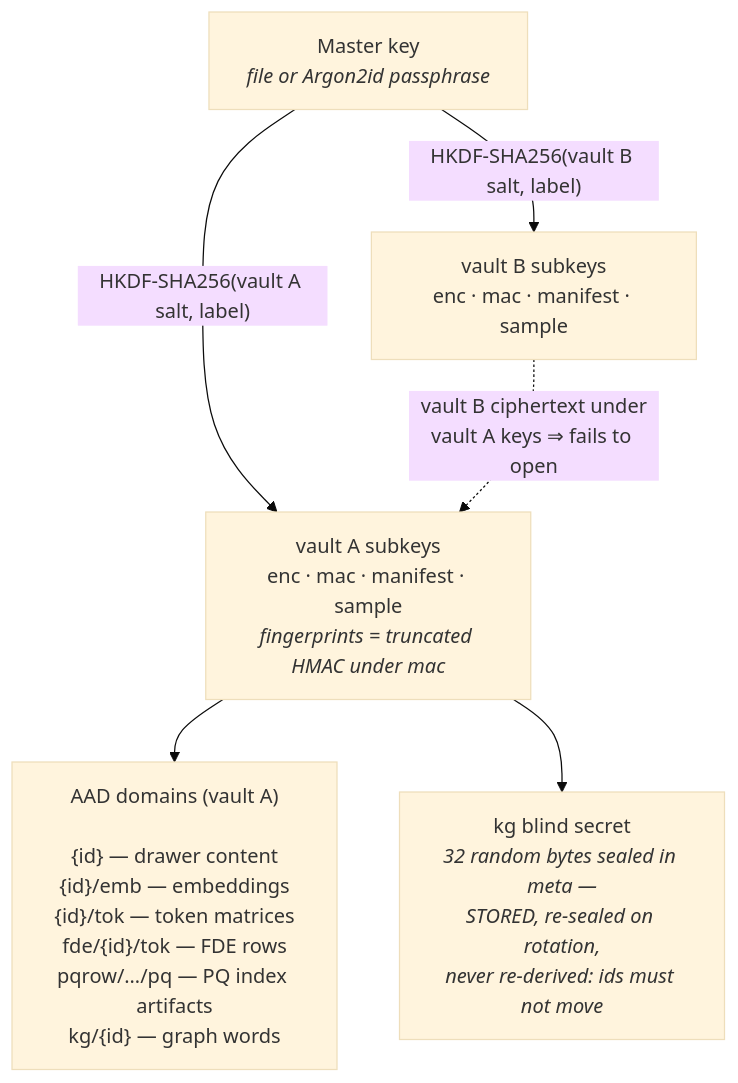
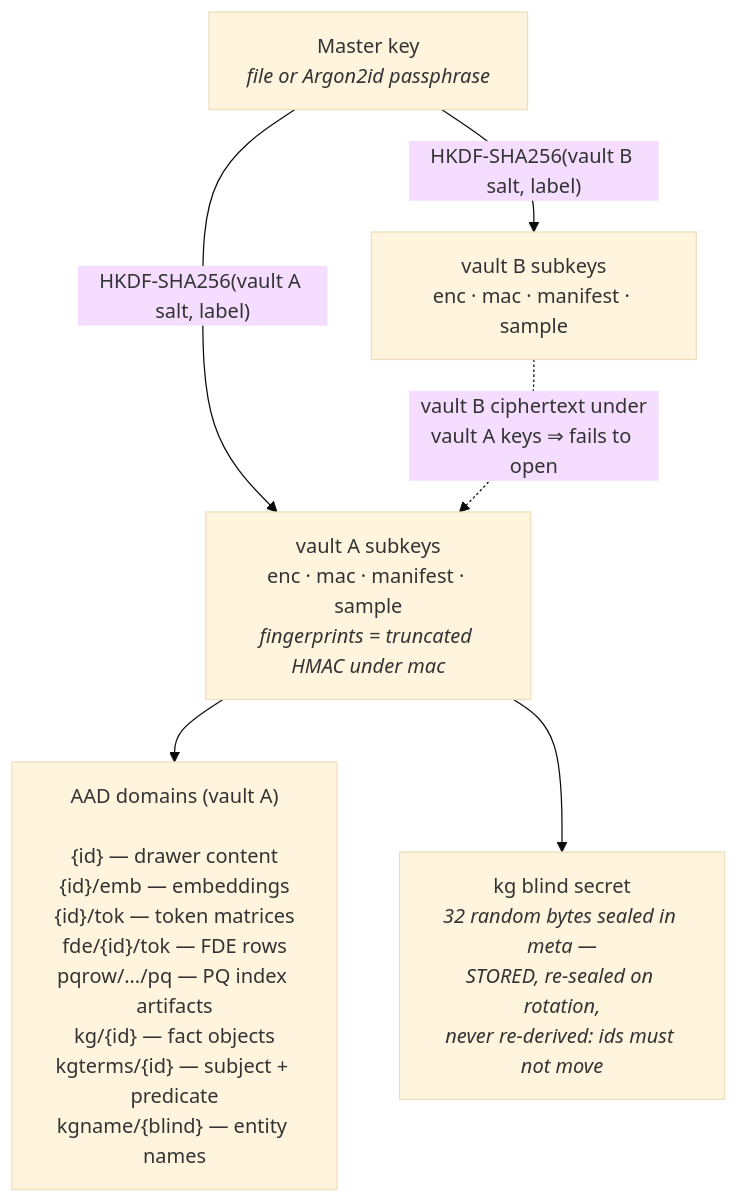
The second of 4 diagrams in docs/architecture.md (sealcroft/undercroft), drawn with Mermaid (base theme) before and after one commit. The commit also changed other lines of this file and 93 other files, not shown here.

````diff
--- a/docs/architecture.md
+++ b/docs/architecture.md
@@ -104,9 +106,9 @@
 ```mermaid
 flowchart TB
     master["Master key<br/><i>file or Argon2id passphrase</i>"]
     master -- "HKDF-SHA256(vault A salt, label)" --> ka["vault A subkeys<br/>enc · mac · manifest · sample<br/><i>fingerprints = truncated HMAC under mac</i>"]
     master -- "HKDF-SHA256(vault B salt, label)" --> kb["vault B subkeys<br/>enc · mac · manifest · sample"]
-    ka --> doms["AAD domains (vault A)<br/><br/>{id} — drawer content<br/>{id}/emb — embeddings<br/>{id}/tok — token matrices<br/>fde/{id}/tok — FDE rows<br/>pqrow/…/pq — PQ index artifacts<br/>kg/{id} — graph words"]
+    ka --> doms["AAD domains (vault A)<br/><br/>{id} — drawer content<br/>{id}/emb — embeddings<br/>{id}/tok — token matrices<br/>fde/{id}/tok — FDE rows<br/>pqrow/…/pq — PQ index artifacts<br/>kg/{id} — fact objects<br/>kgterms/{id} — subject + predicate<br/>kgname/{blind} — entity names"]
     ka --> kgs["kg blind secret<br/><i>32 random bytes sealed in meta —<br/>STORED, re-sealed on rotation,<br/>never re-derived: ids must not move</i>"]
     kb -. "vault B ciphertext under<br/>vault A keys ⇒ fails to open" .-> ka
 ```
````
